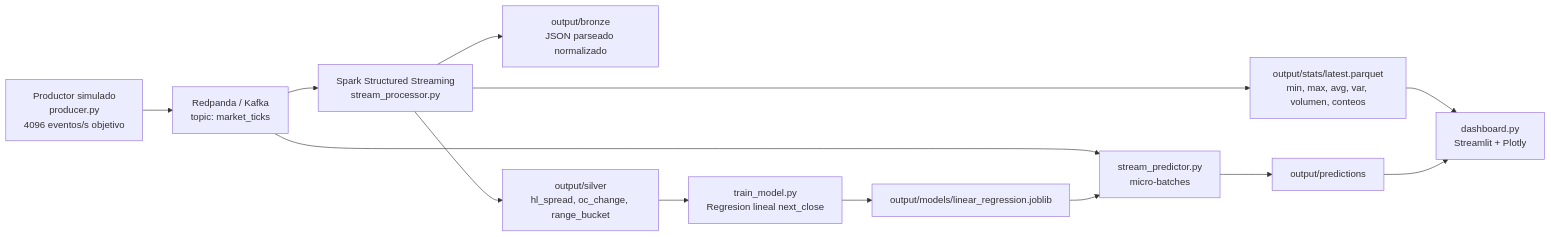
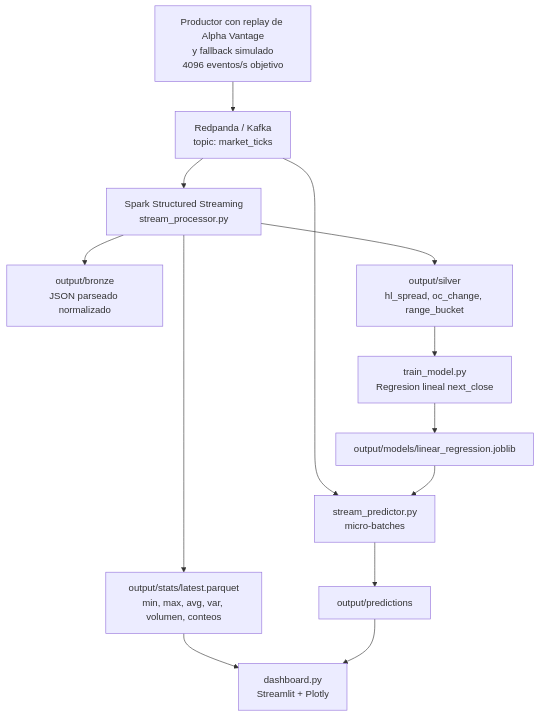
One commit to Emilia-Hernandez/ProyectoFinalArquitectura changed the first of 2 diagrams in docs/reporte_arquitectura_obsidian.md. Above: the diagram before and after it, drawn with Mermaid. The commit also changed other lines of this file and 1 other file, not shown here.

````diff
--- a/docs/reporte_arquitectura_obsidian.md
+++ b/docs/reporte_arquitectura_obsidian.md
@@ -49,15 +59,15 @@
 ```mermaid
-flowchart LR
-    P["Productor simulado\nproducer.py\n4096 eventos/s objetivo"] --> K["Redpanda / Kafka\ntopic: market_ticks"]
+flowchart TB
+    P["Productor con replay de Alpha Vantage\ny fallback simulado\n4096 eventos/s objetivo"] --> K["Redpanda / Kafka\ntopic: market_ticks"]
     K --> S["Spark Structured Streaming\nstream_processor.py"]
     S --> B["output/bronze\nJSON parseado normalizado"]
     S --> V["output/silver\nhl_spread, oc_change, range_bucket"]
     S --> T["output/stats/latest.parquet\nmin, max, avg, var, volumen, conteos"]
     V --> M["train_model.py\nRegresion lineal next_close"]
     M --> A["output/models/linear_regression.joblib"]
     K --> R["stream_predictor.py\nmicro-batches"]
     A --> R
     R --> O["output/predictions"]
     T --> D["dashboard.py\nStreamlit + Plotly"]
     O --> D
 ```
````
